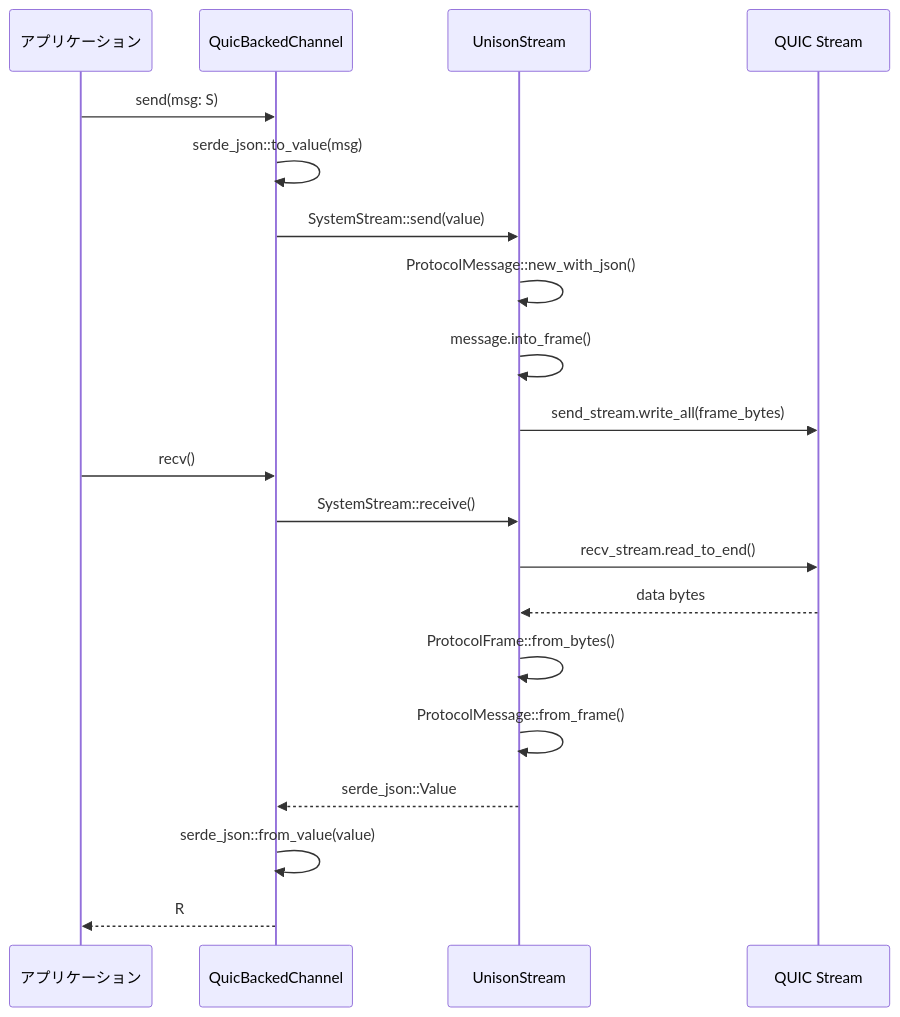
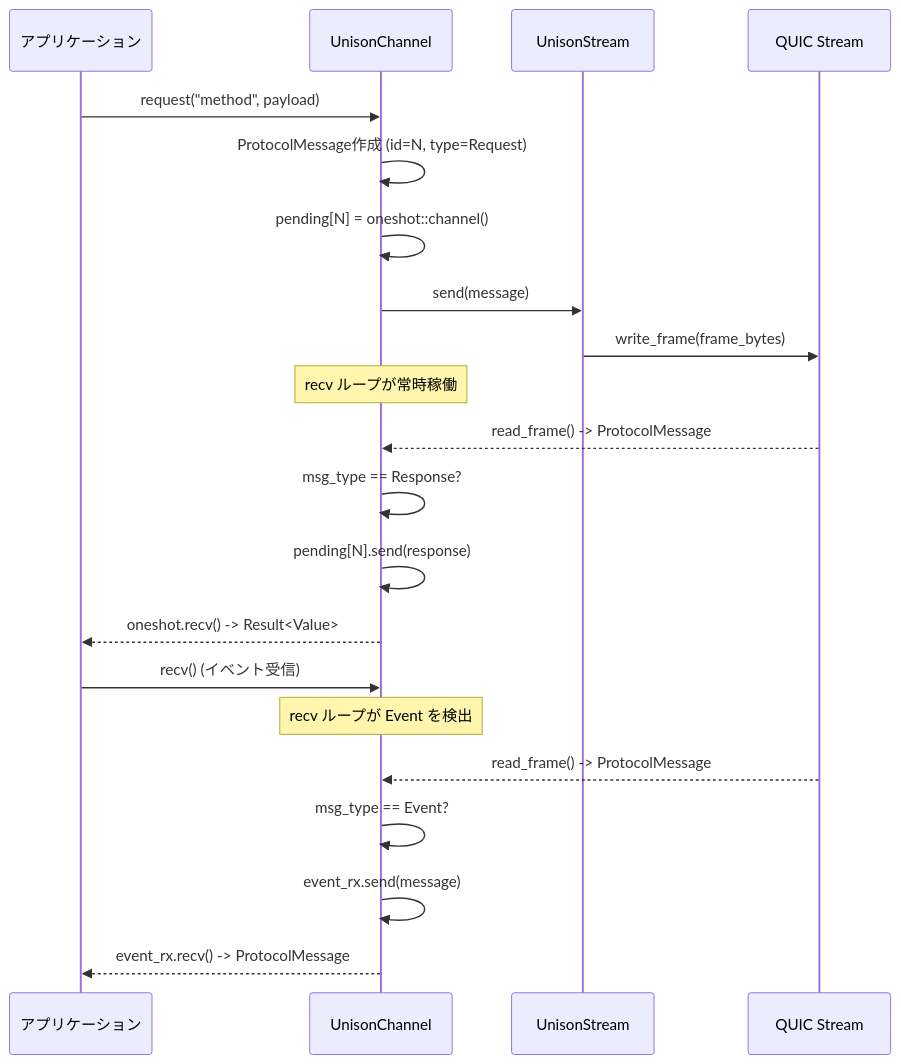
Before and after one commit to chronista-club/unison: the fifth of 6 diagrams in design/quic-runtime.md, drawn with Mermaid. The commit also changed other lines of this file and 33 other files, not shown here.

````diff
--- a/design/quic-runtime.md
+++ b/design/quic-runtime.md
@@ -371,24 +365,26 @@
 ```mermaid
 sequenceDiagram
     participant App as アプリケーション
-    participant QBC as QuicBackedChannel
+    participant UC as UnisonChannel
     participant US as UnisonStream
     participant QUIC as QUIC Stream
 
-    App->>QBC: send(msg: S)
-    QBC->>QBC: serde_json::to_value(msg)
-    QBC->>US: SystemStream::send(value)
-    US->>US: ProtocolMessage::new_with_json()
-    US->>US: message.into_frame()
-    US->>QUIC: send_stream.write_all(frame_bytes)
+    App->>UC: request("method", payload)
+    UC->>UC: ProtocolMessage作成 (id=N, type=Request)
+    UC->>UC: pending[N] = oneshot::channel()
+    UC->>US: send(message)
+    US->>QUIC: write_frame(frame_bytes)
 
-    App->>QBC: recv()
-    QBC->>US: SystemStream::receive()
-    US->>QUIC: recv_stream.read_to_end()
-    QUIC-->>US: data bytes
-    US->>US: ProtocolFrame::from_bytes()
-    US->>US: ProtocolMessage::from_frame()
-    US-->>QBC: serde_json::Value
-    QBC->>QBC: serde_json::from_value(value)
-    QBC-->>App: R
+    Note over UC: recv ループが常時稼働
+    QUIC-->>UC: read_frame() -> ProtocolMessage
+    UC->>UC: msg_type == Response?
+    UC->>UC: pending[N].send(response)
+    UC-->>App: oneshot.recv() -> Result<Value>
+
+    App->>UC: recv() (イベント受信)
+    Note over UC: recv ループが Event を検出
+    QUIC-->>UC: read_frame() -> ProtocolMessage
+    UC->>UC: msg_type == Event?
+    UC->>UC: event_rx.send(message)
+    UC-->>App: event_rx.recv() -> ProtocolMessage
 ```
````
